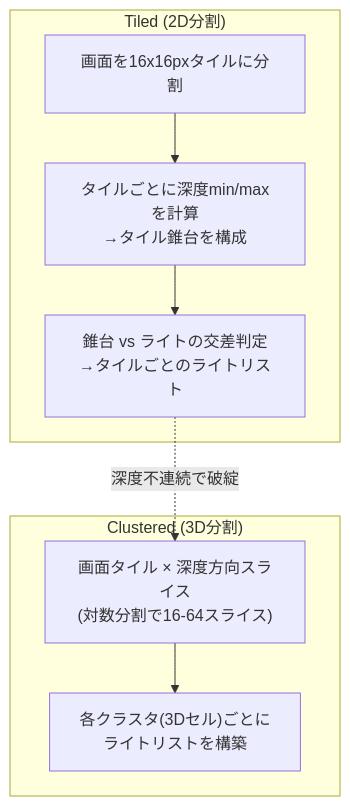
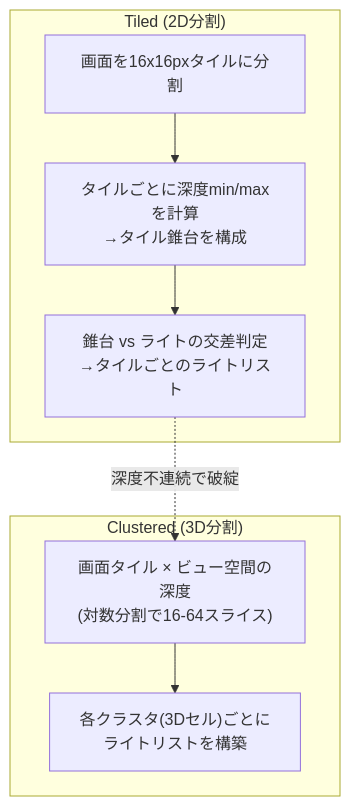
Before and after one commit to sny0/sny0.github.io: the first of 2 diagrams in study/docs/graphics/path/forward-plus.md, drawn with Mermaid. The commit also changed other lines of this file and 427 other files, not shown here.

````diff
--- a/study/docs/graphics/path/forward-plus.md
+++ b/study/docs/graphics/path/forward-plus.md
@@ -52,10 +52,10 @@
 ```mermaid
 flowchart TB
     subgraph Tiled["Tiled (2D分割)"]
         T1["画面を16x16pxタイルに分割"] --> T2["タイルごとに深度min/maxを計算<br/>→タイル錐台を構成"] --> T3["錐台 vs ライトの交差判定<br/>→タイルごとのライトリスト"]
     end
     subgraph Clustered["Clustered (3D分割)"]
-        C1["画面タイル × 深度方向スライス<br/>(対数分割で16-64スライス)"] --> C2["各クラスタ(3Dセル)ごとに<br/>ライトリストを構築"]
+        C1["画面タイル × ビュー空間の深度<br/>(対数分割で16-64スライス)"] --> C2["各クラスタ(3Dセル)ごとに<br/>ライトリストを構築"]
     end
     T3 -.深度不連続で破綻.-> C1
 ```
````
